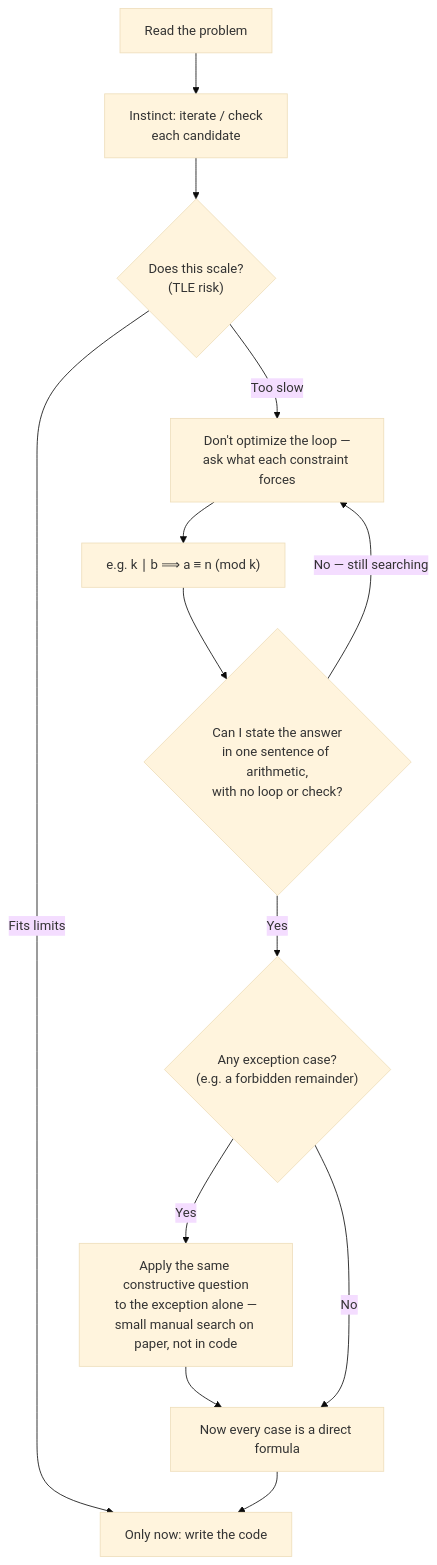
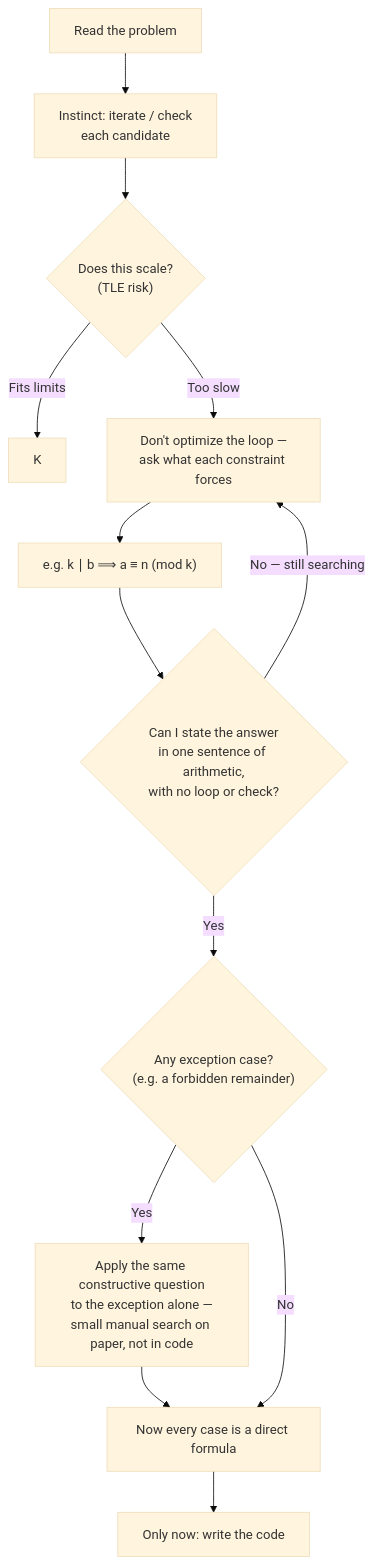
Before and after one commit to Mojahidul21/My-Competitive-Programming-Journey: the diagram in General Tricks & Techniques/Contest Strategy/Contest Math Thinking.md, drawn with Mermaid (base theme).

Commit message:
Update Contest Math Thinking.md

````diff
--- a/General Tricks & Techniques/Contest Strategy/Contest Math Thinking.md
+++ b/General Tricks & Techniques/Contest Strategy/Contest Math Thinking.md
@@ -87,15 +87,15 @@
 ```mermaid
 flowchart TD
     A["Read the problem"] --> B["Instinct: iterate / check<br/>each candidate"]
     B --> C{"Does this scale?<br/>(TLE risk)"}
-    C -- "Fits limits" --> J
+    C -- "Fits limits" --> K
     C -- "Too slow" --> D["Don't optimize the loop —<br/>ask what each constraint forces"]
     D --> E["e.g. k ∣ b  ⟹  a ≡ n (mod k)"]
     E --> F{"Can I state the answer<br/>in one sentence of arithmetic,<br/>with no loop or check?"}
     F -- "No — still searching" --> D
     F -- "Yes" --> G{"Any exception case?<br/>(e.g. a forbidden remainder)"}
     G -- "Yes" --> H["Apply the same constructive question<br/>to the exception alone —<br/>small manual search on paper, not in code"]
     H --> I["Now every case is a direct formula"]
     G -- "No" --> I
     I --> J["Only now: write the code"]
 ```
````
